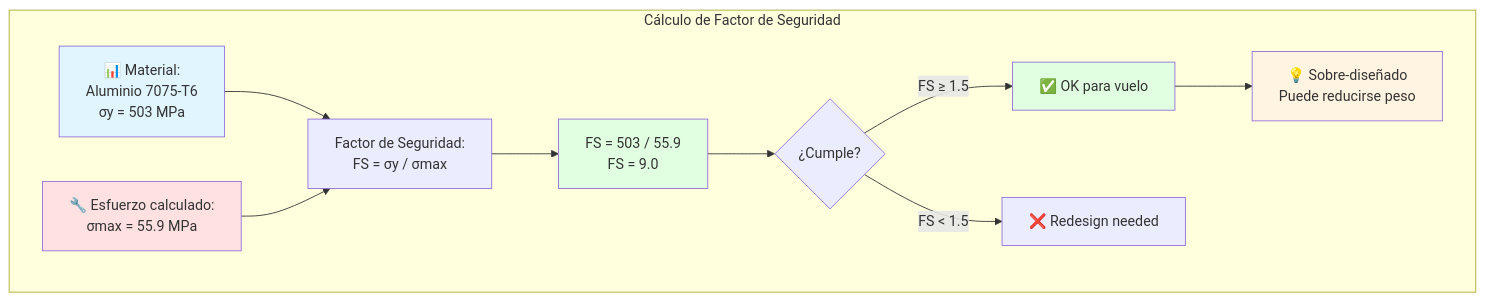
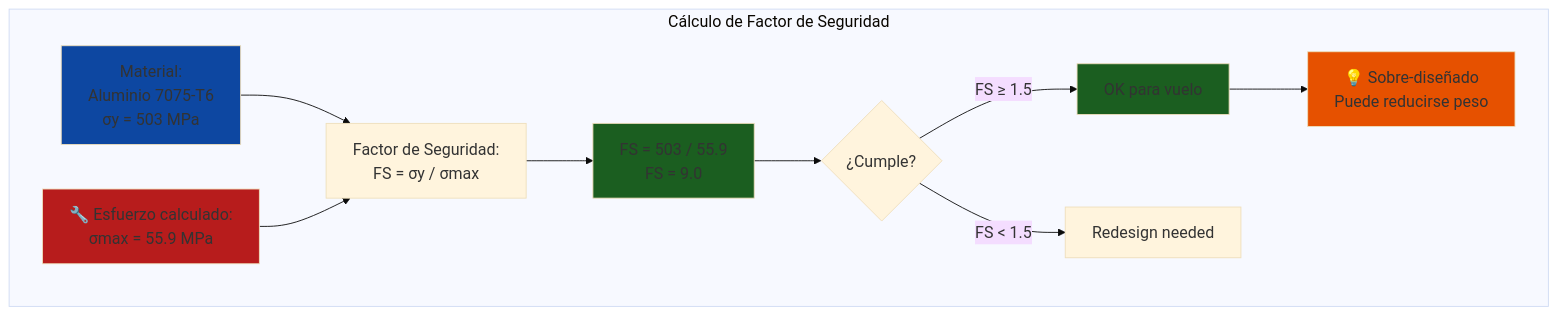
The ninth of 18 diagrams in courses/🟡-development/FPUNA-2026/03-INGENIERIA-AERONAUTICA/03-estructuras-materiales.md (Ai-Whisperers/Courses-Content), drawn with Mermaid before and after one commit. The commit also changed other lines of this file and 47 other files, not shown here.

First line of the commit message:
fix: Make all 473 diagrams WCAG AAA accessible (FPUNA-2026)

````diff
--- a/courses/🟡-development/FPUNA-2026/03-INGENIERIA-AERONAUTICA/03-estructuras-materiales.md
+++ b/courses/🟡-development/FPUNA-2026/03-INGENIERIA-AERONAUTICA/03-estructuras-materiales.md
@@ -553,24 +561,25 @@
 ```mermaid
+%%{init: {'theme':'base', 'themeVariables': {'fontSize':'18px'}}}%%
 graph TD
     subgraph "Cálculo de Factor de Seguridad"
-        A[📊 Material:<br/>Aluminio 7075-T6<br/>σy = 503 MPa]
+        A[Material:<br/>Aluminio 7075-T6<br/>σy = 503 MPa]
         B[🔧 Esfuerzo calculado:<br/>σmax = 55.9 MPa]
         
         A --> C[Factor de Seguridad:<br/>FS = σy / σmax]
         B --> C
         
         C --> D[FS = 503 / 55.9<br/>FS = 9.0]
         
         D --> E{¿Cumple?}
-        E -->|FS ≥ 1.5| F[✅ OK para vuelo]
-        E -->|FS < 1.5| G[❌ Redesign needed]
+        E -->|FS ≥ 1.5| F[OK para vuelo]
+        E -->|FS < 1.5| G[Redesign needed]
         
         F --> H[💡 Sobre-diseñado<br/>Puede reducirse peso]
     end
     
-    style A fill:#E1F5FF
-    style B fill:#FFE1E1
-    style D fill:#E1FFE1
-    style F fill:#E1FFE1
-    style H fill:#FFF4E1
+    style A fill:#0d47a1
+    style B fill:#b71c1c
+    style D fill:#1b5e20
+    style F fill:#1b5e20
+    style H fill:#e65100
 ```
````
